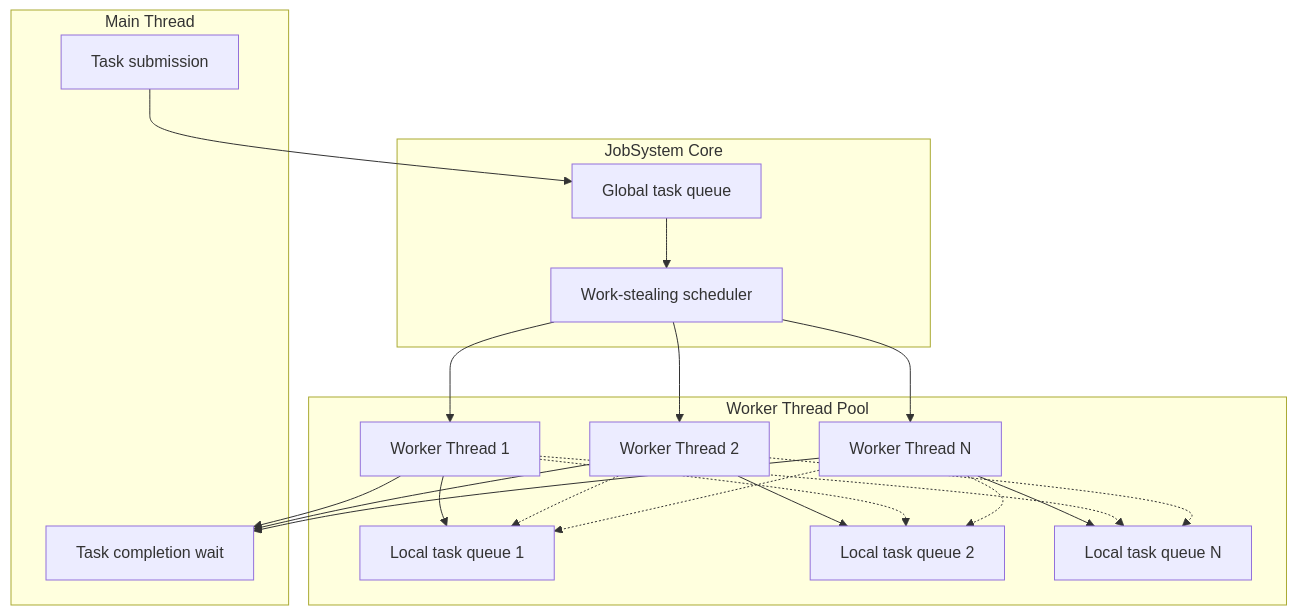
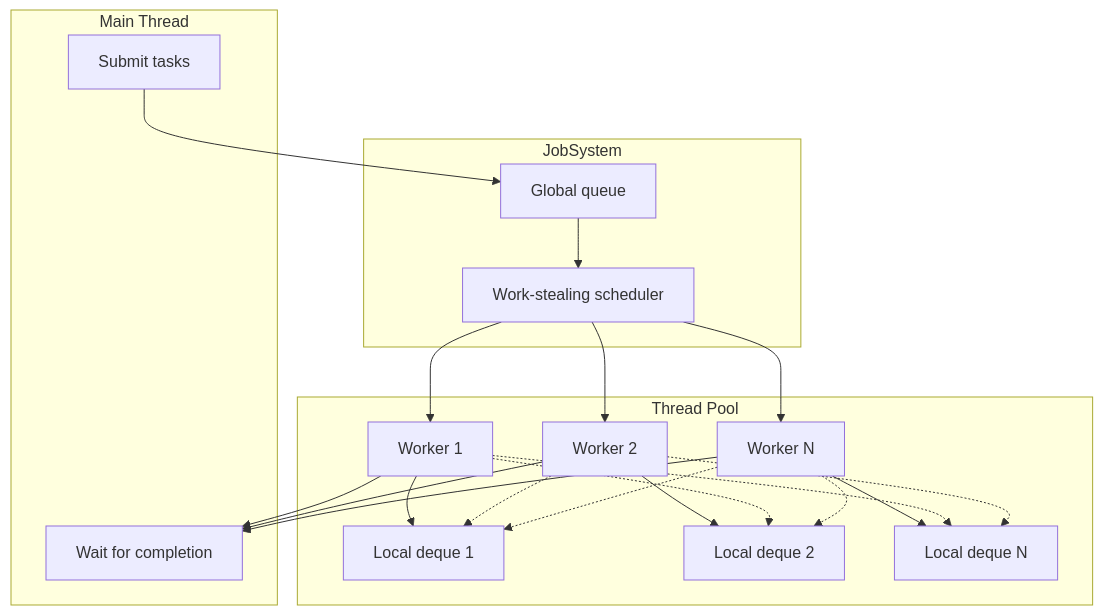
One commit to NGLSG/Luma changed the tenth of 11 diagrams in ARCHITECTURE_EN.md. Above: the diagram before and after it, drawn with Mermaid. The commit also changed other lines of this file and 27 other files, not shown here.

````diff
--- a/ARCHITECTURE_EN.md
+++ b/ARCHITECTURE_EN.md
@@ -266,26 +242,39 @@
 ```mermaid
 graph TD
     subgraph "Main Thread"
-        A[Task submission]
-        B[Task completion wait]
+        A[Submit tasks]
+        B[Wait for completion]
     end
 
-    subgraph "JobSystem Core"
-        C[Global task queue]
-        D[Work-stealing scheduler]
+    subgraph "JobSystem"
+        C[Global queue]
+        D[Work‑stealing scheduler]
     end
 
-    subgraph "Worker Thread Pool"
-        E[Worker Thread 1]
-        F[Worker Thread 2]
-        G[Worker Thread N]
-        H[Local task queue 1]
-        I[Local task queue 2]
-        J[Local task queue N]
+    subgraph "Thread Pool"
+        E[Worker 1]
+        F[Worker 2]
+        G[Worker N]
+        H[Local deque 1]
+        I[Local deque 2]
+        J[Local deque N]
     end
 
-    A --> C; C --> D; D --> E; D --> F; D --> G;
-    E --> H; F --> I; G --> J;
-    E -.-> I; E -.-> J; F -.-> H; F -.-> J; G -.-> H; G -.-> I;
-    E --> B; F --> B; G --> B
+    A --> C
+    C --> D
+    D --> E
+    D --> F
+    D --> G
+    E --> H
+    F --> I
+    G --> J
+    E -.-> I
+    E -.-> J
+    F -.-> H
+    F -.-> J
+    G -.-> H
+    G -.-> I
+    E --> B
+    F --> B
+    G --> B
 ```
````
